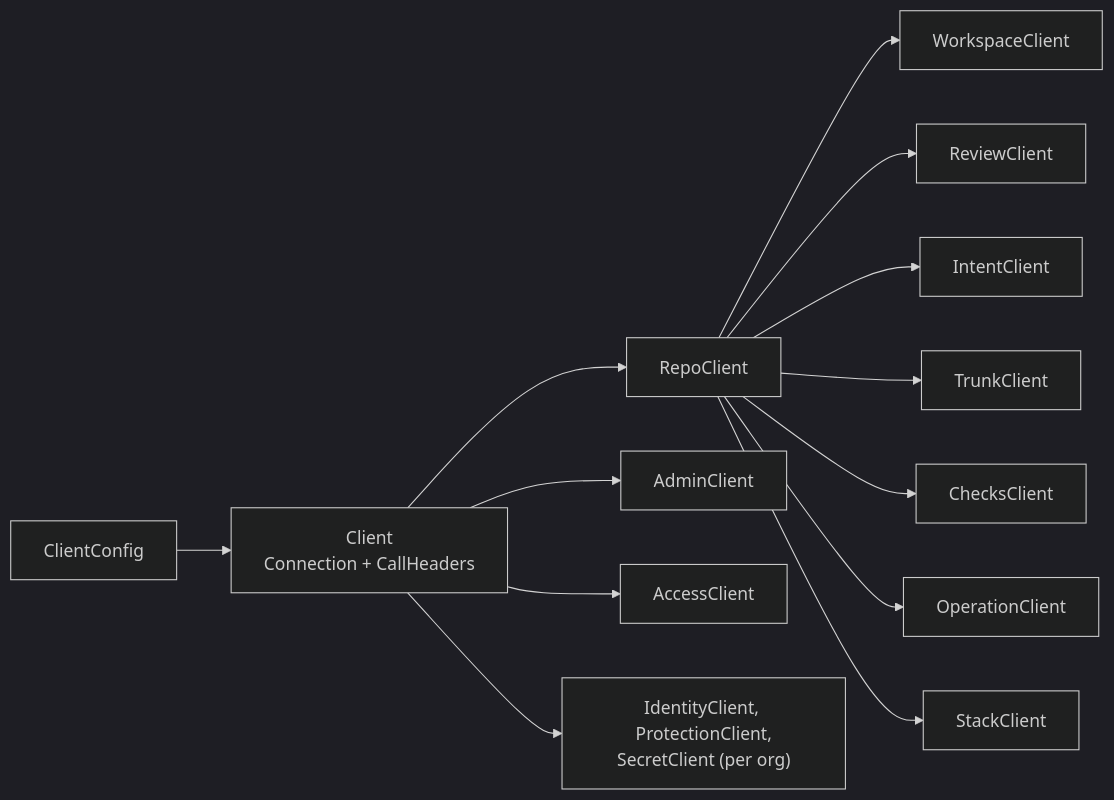
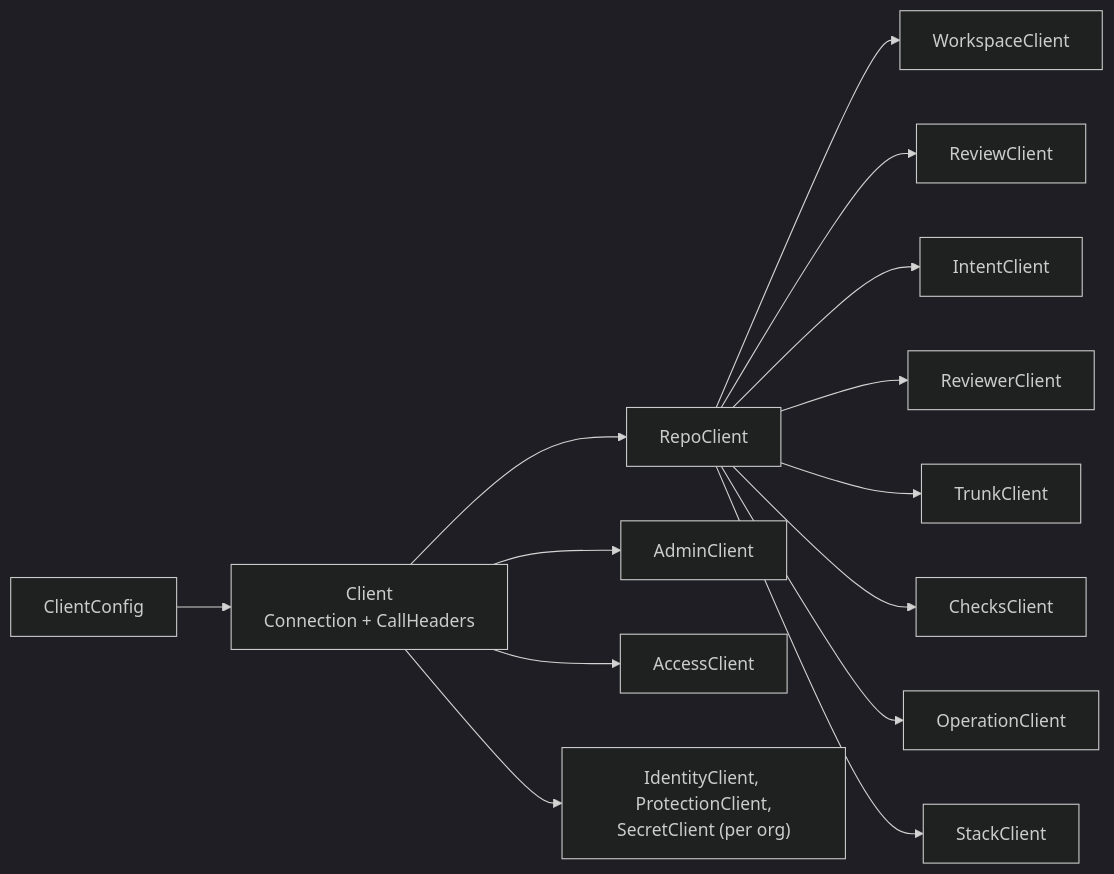
One commit to envoy1084/rill changed the first of 2 diagrams in architecture/08-clients/sdk.md. Above: the diagram before and after it, drawn with Mermaid (dark theme). The commit also changed 128 other files, not shown here.

````diff
--- a/architecture/08-clients/sdk.md
+++ b/architecture/08-clients/sdk.md
@@ -10,15 +10,16 @@
 ```mermaid
 flowchart LR
     Cfg[ClientConfig] --> Cl[Client<br/>Connection + CallHeaders]
     Cl --> Repo[RepoClient]
     Cl --> Admin[AdminClient]
     Cl --> Access[AccessClient]
     Cl --> Id["IdentityClient, ProtectionClient,<br/>SecretClient (per org)"]
     Repo --> WS[WorkspaceClient]
     Repo --> Rv[ReviewClient]
     Repo --> In[IntentClient]
+    Repo --> Rf[ReviewerClient]
     Repo --> La[TrunkClient]
     Repo --> Ck[ChecksClient]
     Repo --> Op[OperationClient]
     Repo --> St[StackClient]
 ```
````
